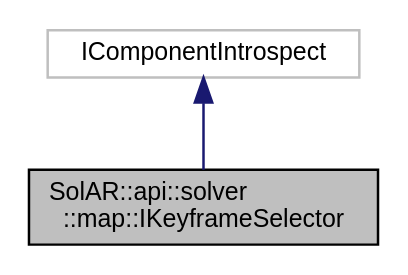
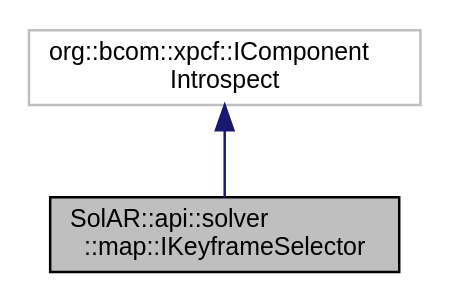
Before and after one commit to SolarFramework/solarframework.github.io: the diagram in api_documentation/class_sol_a_r_1_1api_1_1solver_1_1map_1_1_i_keyframe_selector__inherit__graph.dot, drawn with Graphviz. The commit also changed 1012 other files, not shown here.

```diff
--- a/api_documentation/class_sol_a_r_1_1api_1_1solver_1_1map_1_1_i_keyframe_selector__inherit__graph.dot
+++ b/api_documentation/class_sol_a_r_1_1api_1_1solver_1_1map_1_1_i_keyframe_selector__inherit__graph.dot
@@ -1,8 +1,9 @@
 digraph "SolAR::api::solver::map::IKeyframeSelector"
 {
+ // LATEX_PDF_SIZE
   edge [fontname="Helvetica",fontsize="10",labelfontname="Helvetica",labelfontsize="10"];
   node [fontname="Helvetica",fontsize="10",shape=record];
-  Node0 [label="SolAR::api::solver\l::map::IKeyframeSelector",height=0.2,width=0.4,color="black", fillcolor="grey75", style="filled", fontcolor="black"];
-  Node1 -> Node0 [dir="back",color="midnightblue",fontsize="10",style="solid",fontname="Helvetica"];
-  Node1 [label="IComponentIntrospect",height=0.2,width=0.4,color="grey75", fillcolor="white", style="filled"];
+  Node1 [label="SolAR::api::solver\l::map::IKeyframeSelector",height=0.2,width=0.4,color="black", fillcolor="grey75", style="filled", fontcolor="black",tooltip="Determines if a frame is a keyframe candidate. UUID: 4d5f2abe-beb7-11e8-a355-529269fb1459"];
+  Node2 -> Node1 [dir="back",color="midnightblue",fontsize="10",style="solid",fontname="Helvetica"];
+  Node2 [label="org::bcom::xpcf::IComponent\lIntrospect",height=0.2,width=0.4,color="grey75", fillcolor="white", style="filled",tooltip=" "];
 }
```
